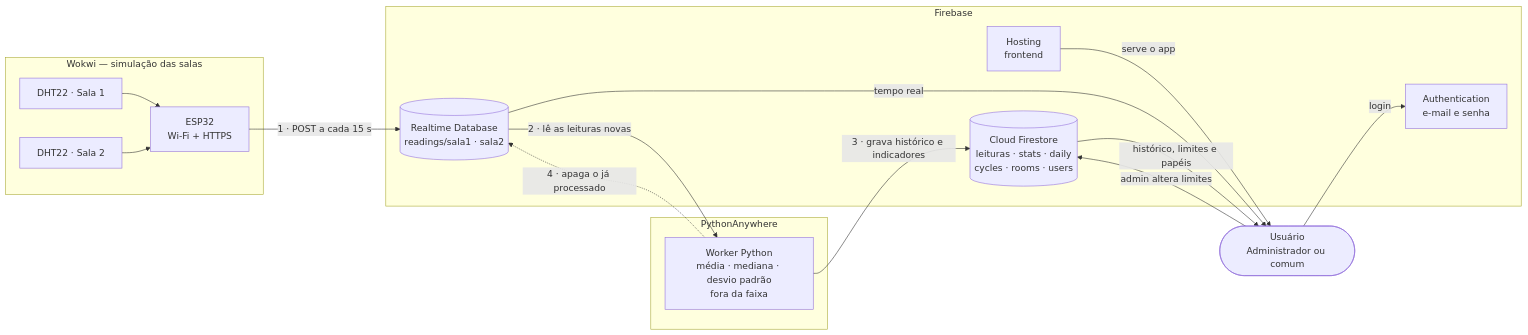
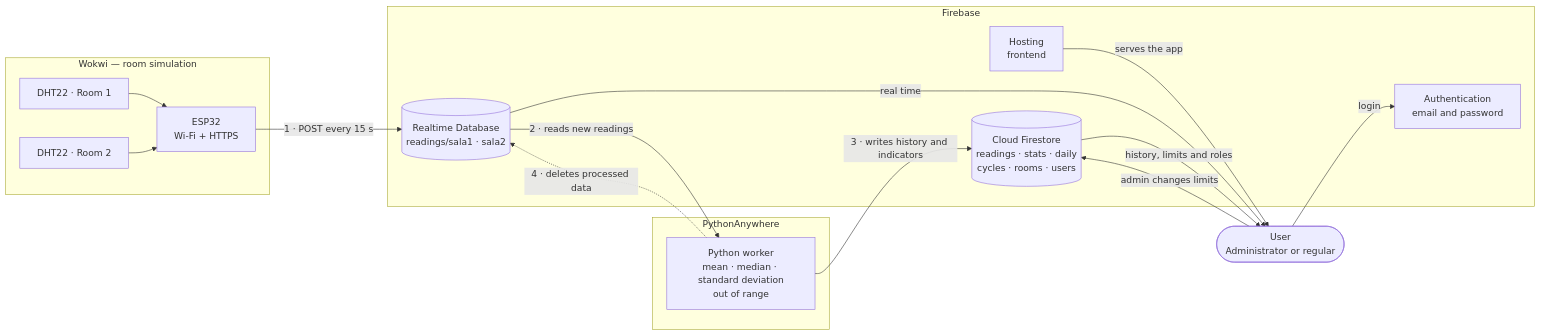
One commit to Grs2080w/temperature-wokwi-senai changed the diagram in README.md. Above: the diagram before and after it, drawn with Mermaid. The commit also changed other lines of this file, not shown here.

````diff
--- a/README.md
+++ b/README.md
@@ -60,33 +60,33 @@
 ```mermaid
 flowchart LR
-    subgraph WK["Wokwi — simulação das salas"]
-        S1["DHT22 · Sala 1"]
-        S2["DHT22 · Sala 2"]
+    subgraph WK["Wokwi — room simulation"]
+        S1["DHT22 · Room 1"]
+        S2["DHT22 · Room 2"]
         E["ESP32<br/>Wi-Fi + HTTPS"]
         S1 --> E
         S2 --> E
     end
 
     subgraph FB["Firebase"]
         R[("Realtime Database<br/>readings/sala1 · sala2")]
-        F[("Cloud Firestore<br/>leituras · stats · daily<br/>cycles · rooms · users")]
-        A["Authentication<br/>e-mail e senha"]
+        F[("Cloud Firestore<br/>readings · stats · daily<br/>cycles · rooms · users")]
+        A["Authentication<br/>email and password"]
         H["Hosting<br/>frontend"]
     end
 
     subgraph PA["PythonAnywhere"]
-        W["Worker Python<br/>média · mediana · desvio padrão<br/>fora da faixa"]
+        W["Python worker<br/>mean · median · standard deviation<br/>out of range"]
     end
 
-    U(["Usuário<br/>Administrador ou comum"])
+    U(["User<br/>Administrator or regular"])
 
-    E -- "1 · POST a cada 15 s" --> R
-    R -- "2 · lê as leituras novas" --> W
-    W -- "3 · grava histórico e indicadores" --> F
-    W -. "4 · apaga o já processado" .-> R
-    H -- "serve o app" --> U
+    E -- "1 · POST every 15 s" --> R
+    R -- "2 · reads new readings" --> W
+    W -- "3 · writes history and indicators" --> F
+    W -. "4 · deletes processed data" .-> R
+    H -- "serves the app" --> U
     U -- "login" --> A
-    R -- "tempo real" --> U
-    F -- "histórico, limites e papéis" --> U
-    U -- "admin altera limites" --> F
+    R -- "real time" --> U
+    F -- "history, limits and roles" --> U
+    U -- "admin changes limits" --> F
 ```
````
